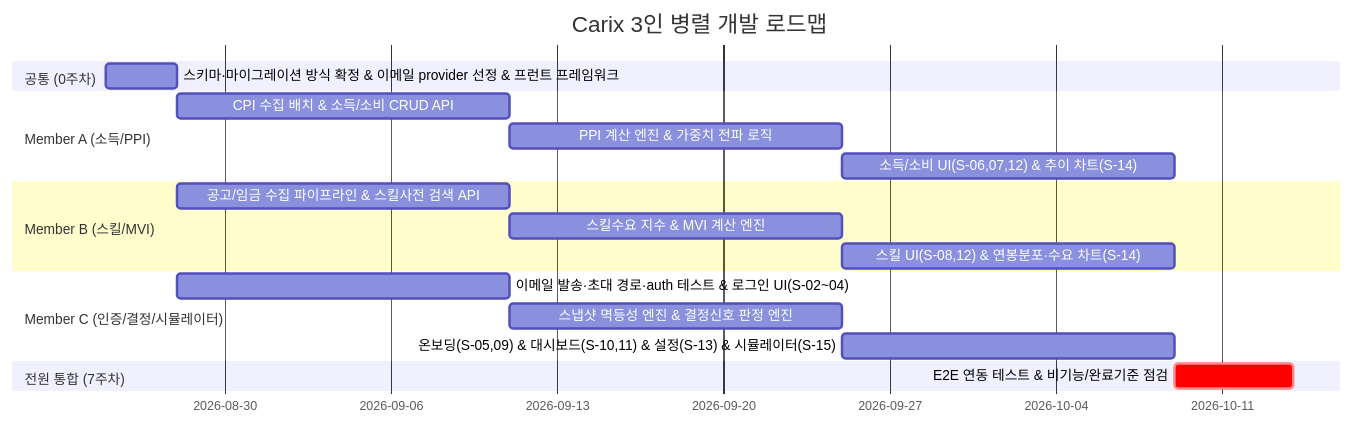
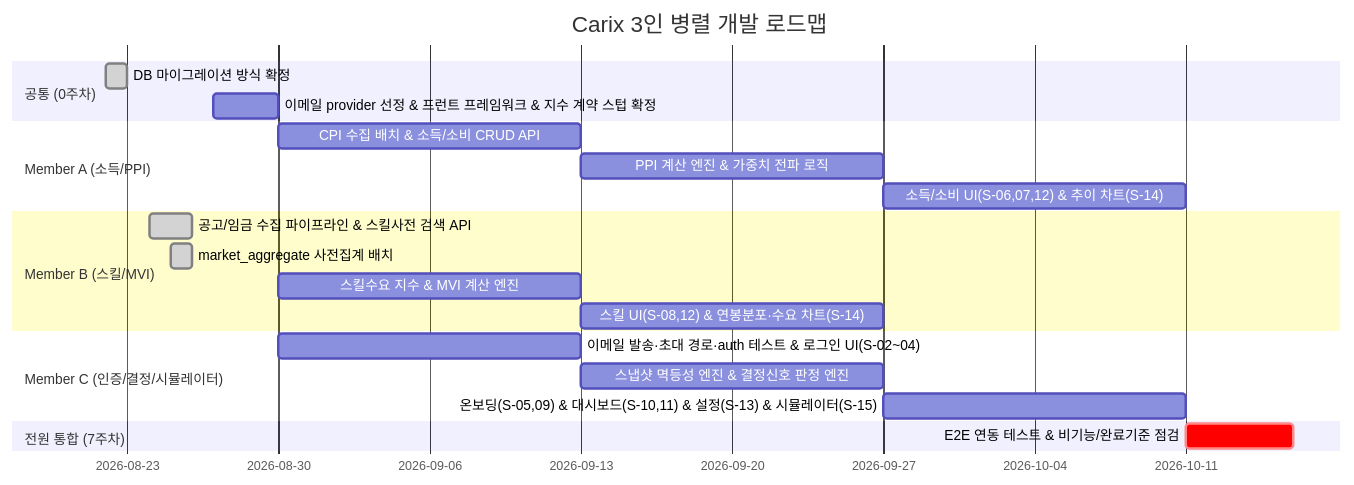
Before and after one commit to SeoHyeokGyu/Carix: the first of 2 diagrams in docs/plans/carix-dev-plan.md, drawn with Mermaid. The commit also changed other lines of this file, not shown here.

````diff
--- a/docs/plans/carix-dev-plan.md
+++ b/docs/plans/carix-dev-plan.md
@@ -75,21 +93,23 @@
 ```mermaid
 gantt
     title Carix 3인 병렬 개발 로드맵
     dateFormat  YYYY-MM-DD
     section 공통 (0주차)
-    스키마·마이그레이션 방식 확정 & 이메일 provider 선정 & 프런트 프레임워크 :c0, 2026-08-25, 3d
+    DB 마이그레이션 방식 확정 :done, c0a, 2026-08-22, 1d
+    이메일 provider 선정 & 프런트 프레임워크 & 지수 계약 스텁 확정 :c0, 2026-08-27, 3d
     section Member A (소득/PPI)
     CPI 수집 배치 & 소득/소비 CRUD API :a1, after c0, 14d
     PPI 계산 엔진 & 가중치 전파 로직 :a2, after a1, 14d
     소득/소비 UI(S-06,07,12) & 추이 차트(S-14) :a3, after a2, 14d
     section Member B (스킬/MVI)
-    공고/임금 수집 파이프라인 & 스킬사전 검색 API :b1, after c0, 14d
-    스킬수요 지수 & MVI 계산 엔진 :b2, after b1, 14d
+    공고/임금 수집 파이프라인 & 스킬사전 검색 API :done, b1, 2026-08-24, 2d
+    market_aggregate 사전집계 배치 :done, b2a, 2026-08-25, 1d
+    스킬수요 지수 & MVI 계산 엔진 :b2, after c0, 14d
     스킬 UI(S-08,12) & 연봉분포·수요 차트(S-14) :b3, after b2, 14d
     section Member C (인증/결정/시뮬레이터)
     이메일 발송·초대 경로·auth 테스트 & 로그인 UI(S-02~04) :c1, after c0, 14d
     스냅샷 멱등성 엔진 & 결정신호 판정 엔진 :c2, after c1, 14d
     온보딩(S-05,09) & 대시보드(S-10,11) & 설정(S-13) & 시뮬레이터(S-15) :c3, after c2, 14d
     section 전원 통합 (7주차)
-    E2E 연동 테스트 & 비기능/완료기준 점검 :crit, e2e, after a3, 5d
+    E2E 연동 테스트 & 비기능/완료기준 점검 :crit, e2e, after a3 b3 c3, 5d
 ```
````
